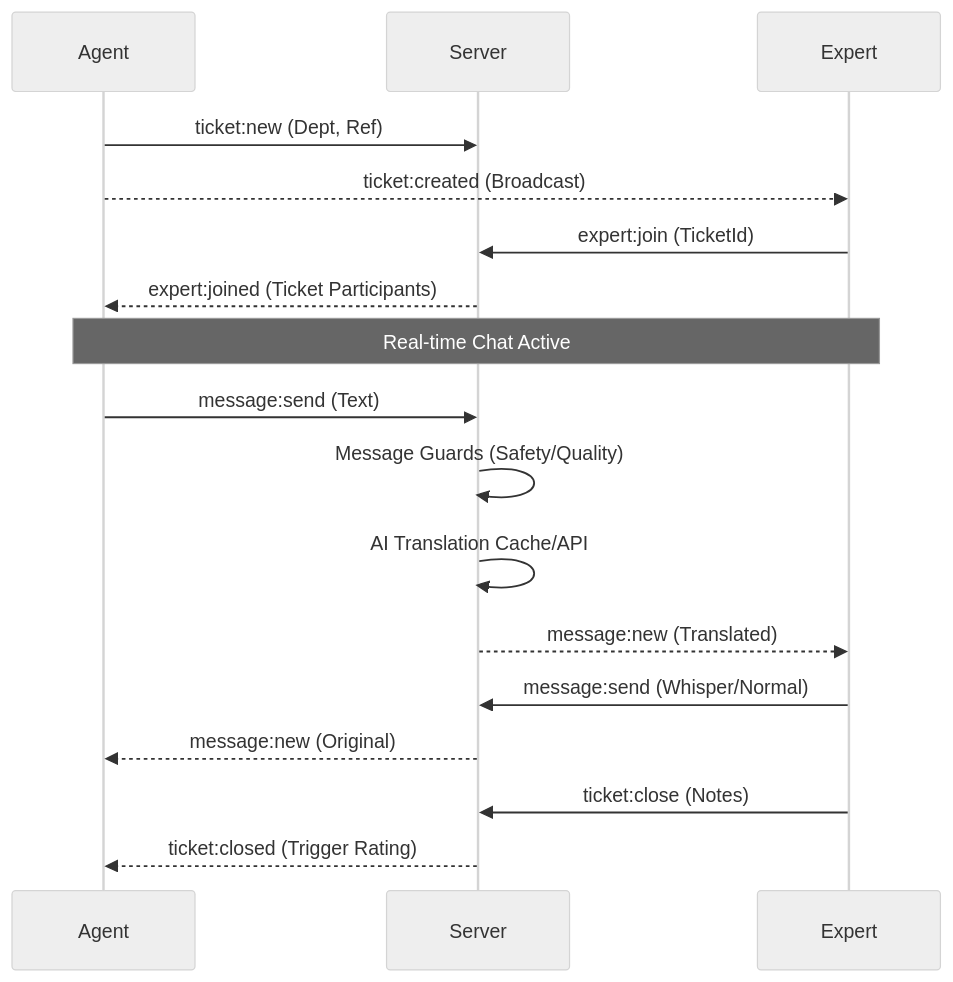
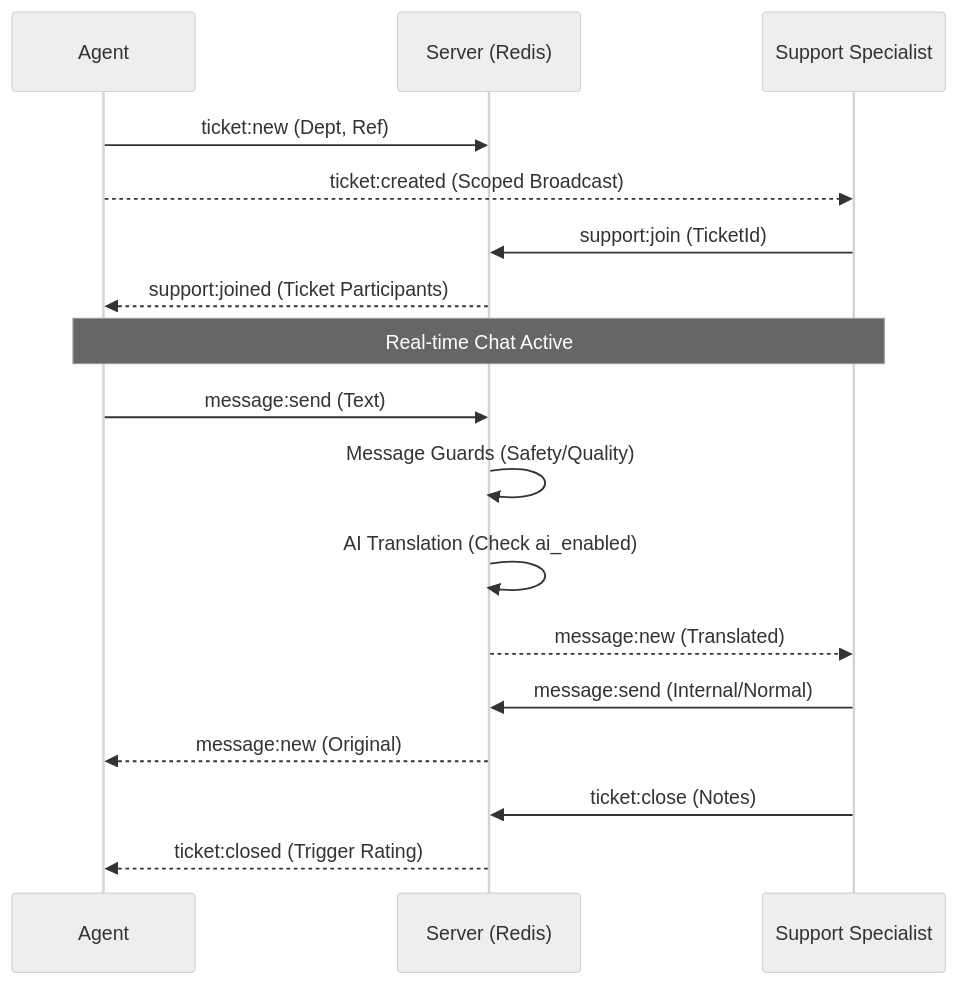
Before and after one commit to Nathanhael/guichet: the second of 2 diagrams in docs/TECHNICAL.md, drawn with Mermaid (neutral theme). The commit also changed other lines of this file and 6 other files, not shown here.

Commit message:
docs: finalize rebranding and multi-tenant architecture documentation

````diff
--- a/docs/TECHNICAL.md
+++ b/docs/TECHNICAL.md
@@ -60,20 +82,20 @@
 ```mermaid
 sequenceDiagram
     participant A as Agent
-    participant S as Server
-    participant E as Expert
+    participant S as Server (Redis)
+    participant E as Support Specialist
 
     A->>S: ticket:new (Dept, Ref)
-    A-->>E: ticket:created (Broadcast)
-    E->>S: expert:join (TicketId)
-    S-->>A: expert:joined (Ticket Participants)
+    A-->>E: ticket:created (Scoped Broadcast)
+    E->>S: support:join (TicketId)
+    S-->>A: support:joined (Ticket Participants)
     Note over A,E: Real-time Chat Active
     A->>S: message:send (Text)
     S->>S: Message Guards (Safety/Quality)
-    S->>S: AI Translation Cache/API
+    S->>S: AI Translation (Check ai_enabled)
     S-->>E: message:new (Translated)
-    E->>S: message:send (Whisper/Normal)
+    E->>S: message:send (Internal/Normal)
     S-->>A: message:new (Original)
     E->>S: ticket:close (Notes)
     S-->>A: ticket:closed (Trigger Rating)
 ```
````
